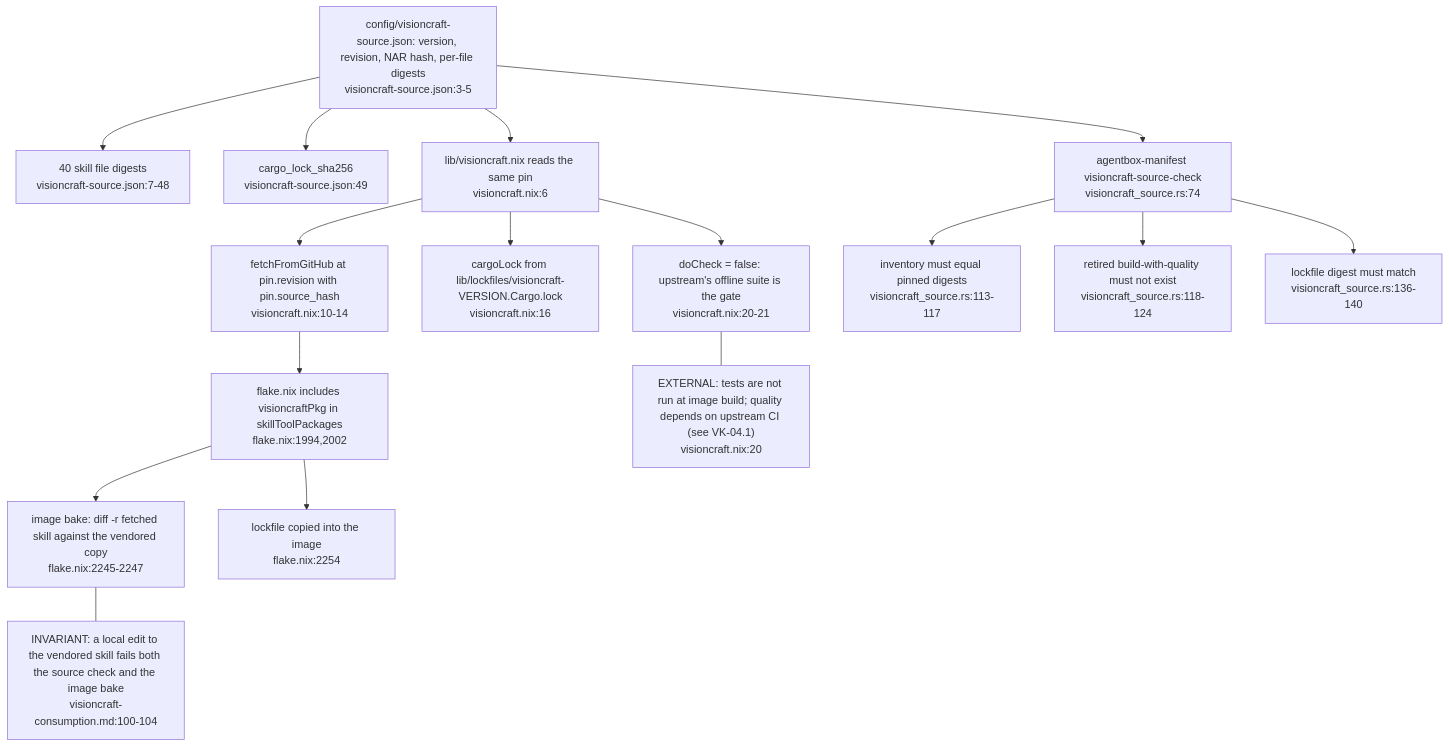
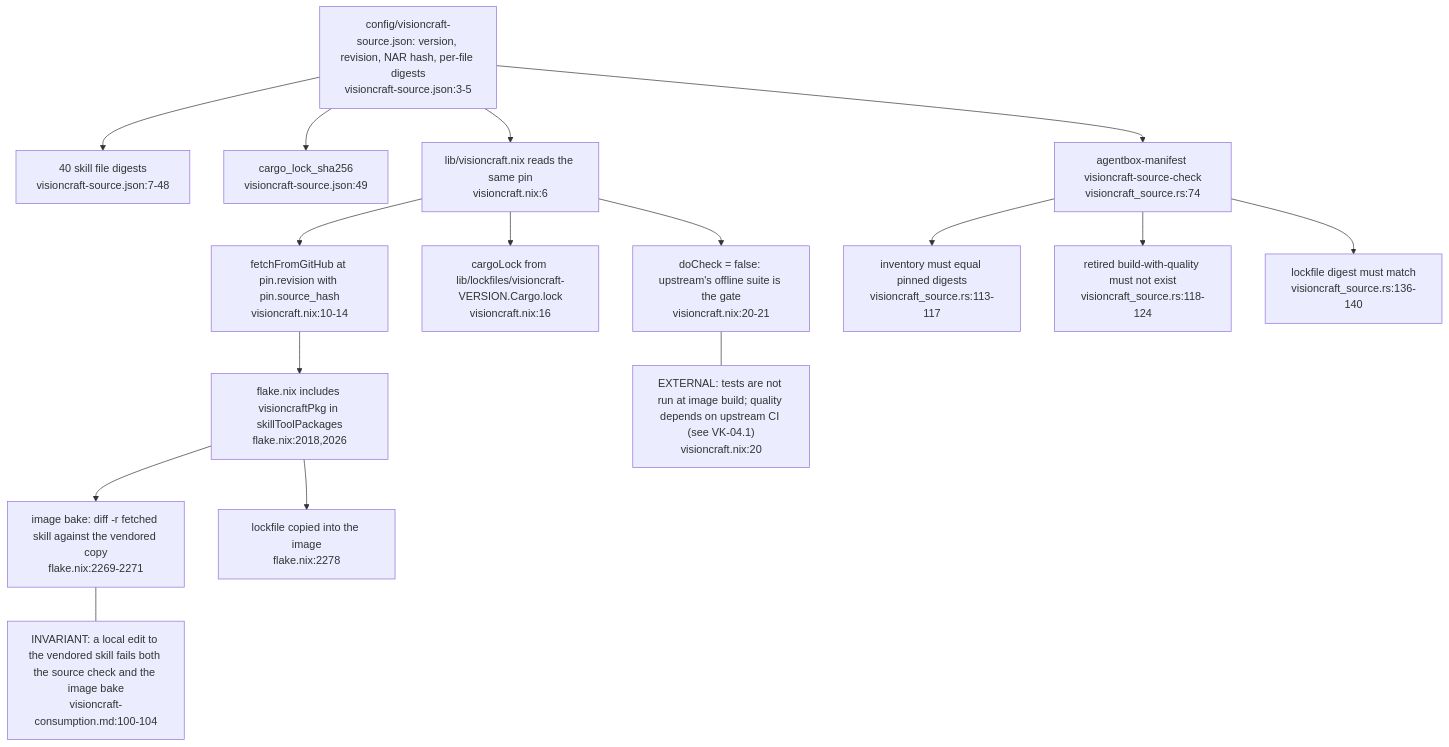
The second of 5 diagrams in docs/diagrams/visioncraft/05-browser-wasm-default-and-agentbox-consumption.md (DreamLab-AI/VisionFlow), drawn with Mermaid before and after one commit. The commit also changed other lines of this file and 5 other files, not shown here.

First line of the commit message:
diagrams(small-b): re-verify KG-06, VK-02/03/05, VG-01/04 at pinned heads

````diff
--- a/docs/diagrams/visioncraft/05-browser-wasm-default-and-agentbox-consumption.md
+++ b/docs/diagrams/visioncraft/05-browser-wasm-default-and-agentbox-consumption.md
@@ -59,34 +59,34 @@
 ```mermaid
 flowchart TB
     PIN["config/visioncraft-source.json: version, revision, NAR hash, per-file digests<br/>visioncraft-source.json:3-5"]
     FILES["40 skill file digests<br/>visioncraft-source.json:7-48"]
     LOCK["cargo_lock_sha256<br/>visioncraft-source.json:49"]
     NIX["lib/visioncraft.nix reads the same pin<br/>visioncraft.nix:6"]
     FETCH["fetchFromGitHub at pin.revision with pin.source_hash<br/>visioncraft.nix:10-14"]
     CL["cargoLock from lib/lockfiles/visioncraft-VERSION.Cargo.lock<br/>visioncraft.nix:16"]
     DC["doCheck = false: upstream's offline suite is the gate<br/>visioncraft.nix:20-21"]
-    FL["flake.nix includes visioncraftPkg in skillToolPackages<br/>flake.nix:1994,2002"]
-    DF["image bake: diff -r fetched skill against the vendored copy<br/>flake.nix:2245-2247"]
-    LK["lockfile copied into the image<br/>flake.nix:2254"]
+    FL["flake.nix includes visioncraftPkg in skillToolPackages<br/>flake.nix:2018,2026"]
+    DF["image bake: diff -r fetched skill against the vendored copy<br/>flake.nix:2269-2271"]
+    LK["lockfile copied into the image<br/>flake.nix:2278"]
     SC["agentbox-manifest visioncraft-source-check<br/>visioncraft_source.rs:74"]
     S1["inventory must equal pinned digests<br/>visioncraft_source.rs:113-117"]
     S2["retired build-with-quality must not exist<br/>visioncraft_source.rs:118-124"]
     S3["lockfile digest must match<br/>visioncraft_source.rs:136-140"]
     PIN --> FILES
     PIN --> LOCK
     PIN --> NIX
     NIX --> FETCH
     NIX --> CL
     NIX --> DC
     FETCH --> FL
     FL --> DF
     FL --> LK
     PIN --> SC
     SC --> S1
     SC --> S2
     SC --> S3
     N1["INVARIANT: a local edit to the vendored skill fails both the source check and the image bake<br/>visioncraft-consumption.md:100-104"]
     N2["EXTERNAL: tests are not run at image build; quality depends on upstream CI (see VK-04.1)<br/>visioncraft.nix:20"]
     DF --- N1
     DC --- N2
 ```
````
